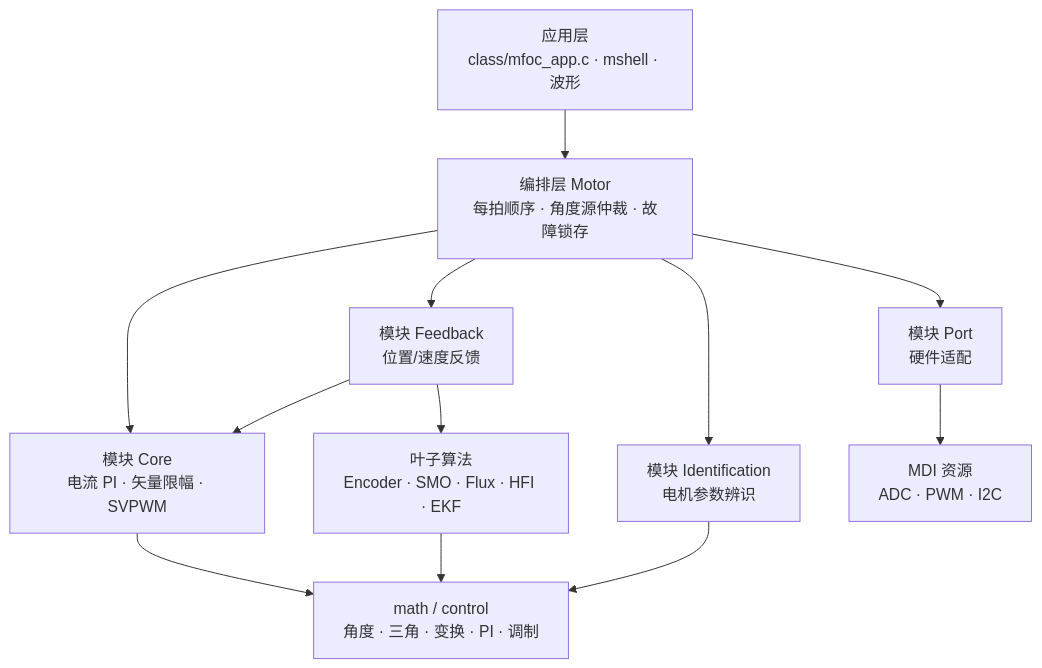
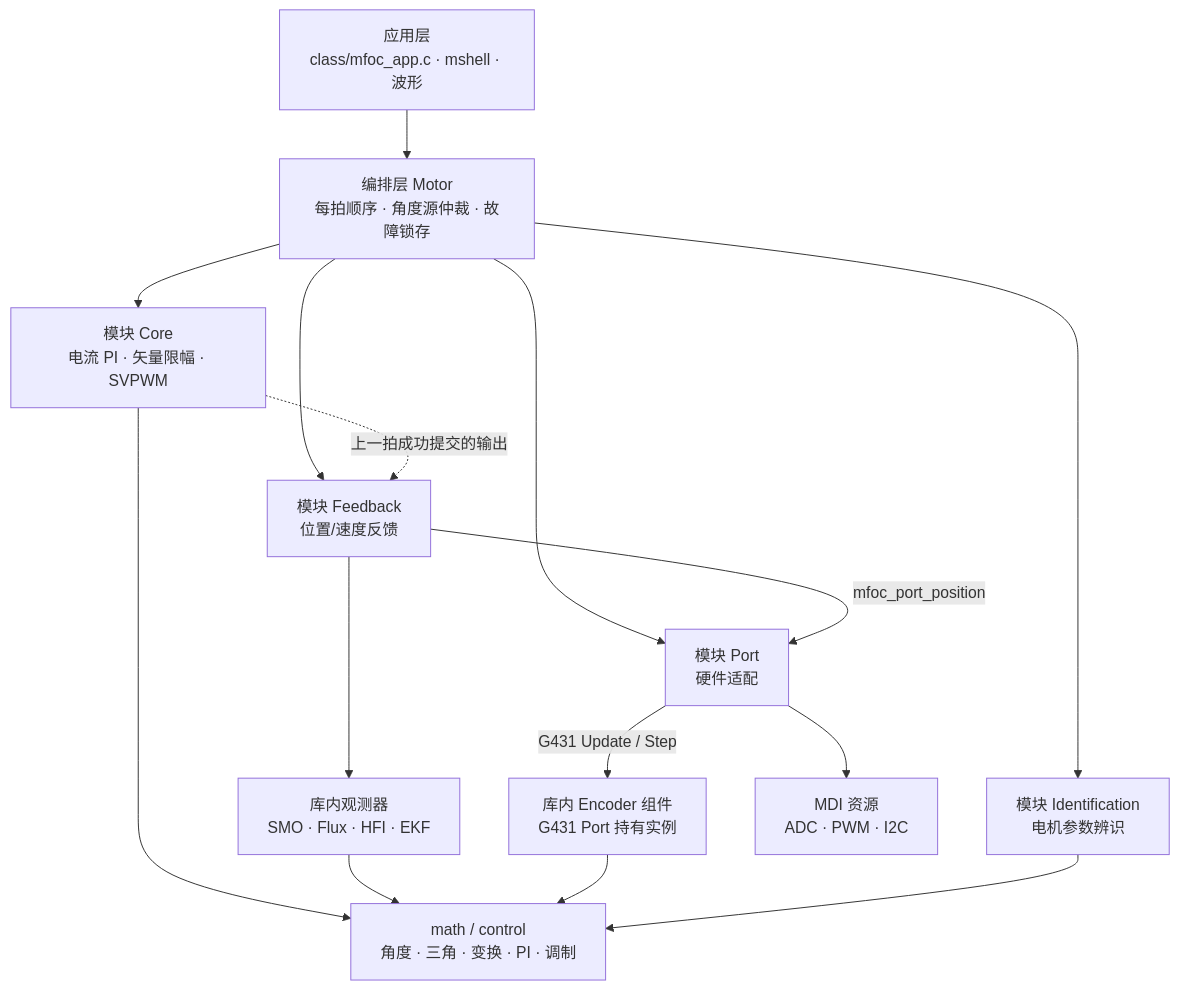
The first of 3 diagrams in mfoc/docs/framework.md (wyxun/modus_template), drawn with Mermaid before and after one commit. The commit also changed other lines of this file and 61 other files, not shown here.

Commit message:
refactor(mfoc): unify position feedback and complete module documentation

````diff
--- a/mfoc/docs/framework.md
+++ b/mfoc/docs/framework.md
@@ -11,24 +11,28 @@
 ```mermaid
 flowchart TB
     APP["应用层<br/>class/mfoc_app.c · mshell · 波形"]
     MOTOR["编排层 Motor<br/>每拍顺序 · 角度源仲裁 · 故障锁存"]
     FB["模块 Feedback<br/>位置/速度反馈"]
     CORE["模块 Core<br/>电流 PI · 矢量限幅 · SVPWM"]
     ID["模块 Identification<br/>电机参数辨识"]
     PORT["模块 Port<br/>硬件适配"]
-    ALG["叶子算法<br/>Encoder · SMO · Flux · HFI · EKF"]
+    OBS["库内观测器<br/>SMO · Flux · HFI · EKF"]
+    ENC["库内 Encoder 组件<br/>G431 Port 持有实例"]
     MATH["math / control<br/>角度 · 三角 · 变换 · PI · 调制"]
     MDI["MDI 资源<br/>ADC · PWM · I2C"]
 
     APP --> MOTOR
     MOTOR --> FB
     MOTOR --> CORE
     MOTOR --> ID
     MOTOR --> PORT
-    FB --> ALG
-    FB --> CORE
+    FB --> OBS
+    FB -->|mfoc_port_position| PORT
+    PORT -->|G431 Update / Step| ENC
+    CORE -.->|上一拍成功提交的输出| FB
     CORE --> MATH
-    ALG --> MATH
+    OBS --> MATH
+    ENC --> MATH
     ID --> MATH
     PORT --> MDI
 ```
````
